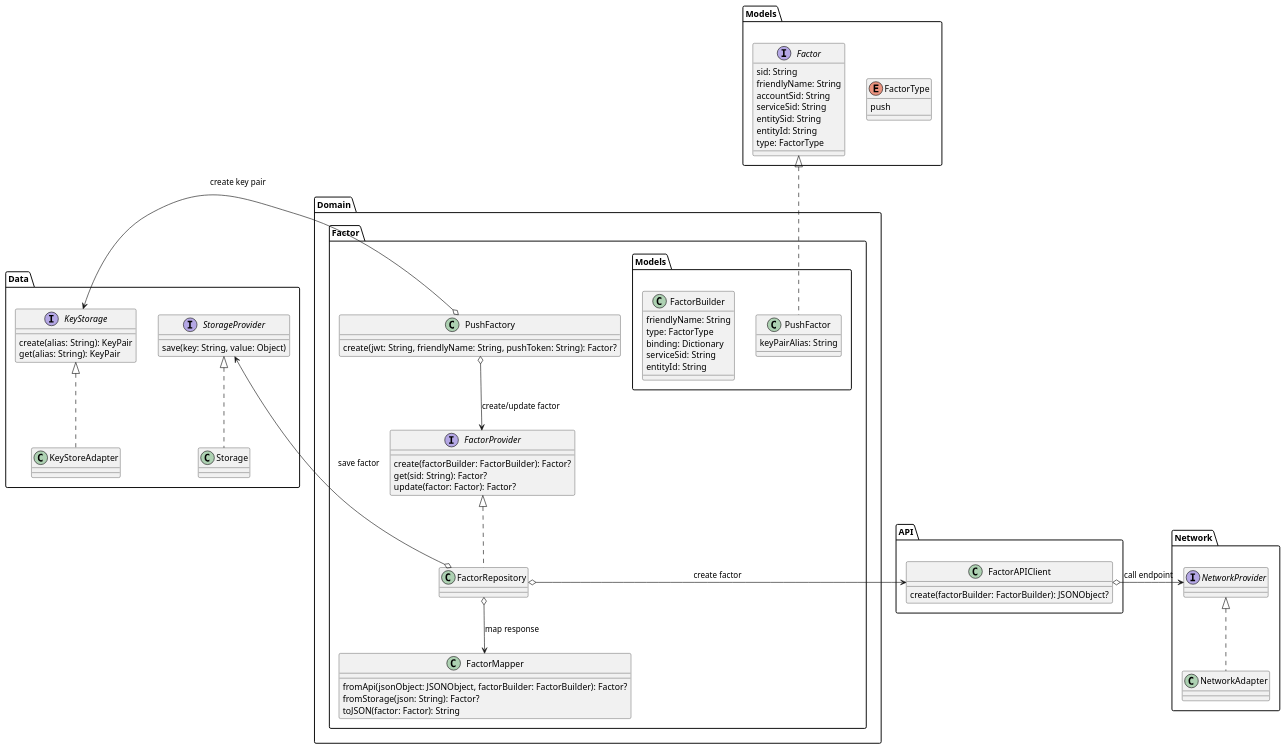
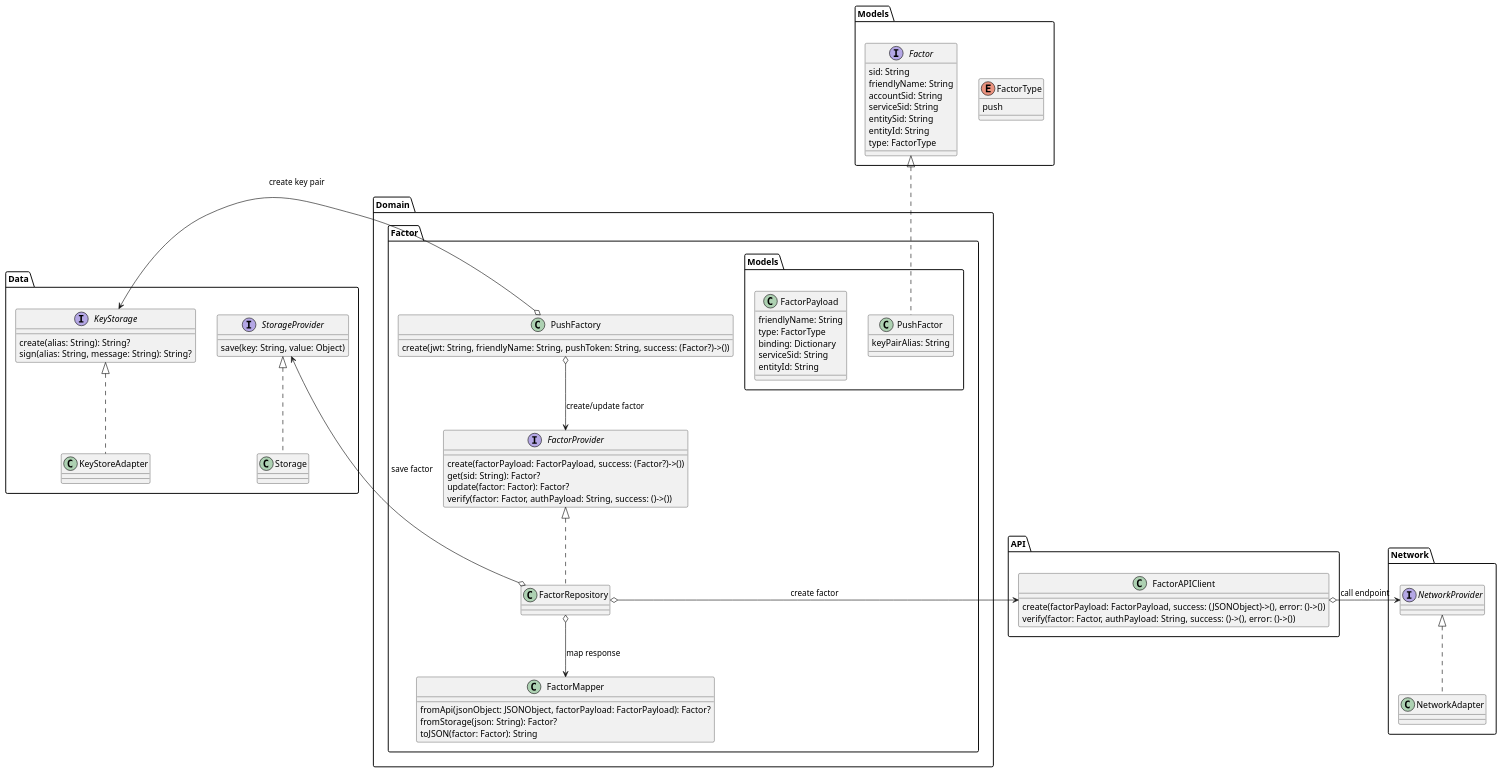
One commit to twilio/twilio-verify-android changed the diagram in diagrams/CreatePushFactor/CreatePushFactor.wsd. Above: the diagram before and after it, drawn with PlantUML. The commit also changed 8 other files, not shown here.

```diff
--- a/diagrams/CreatePushFactor/CreatePushFactor.wsd
+++ b/diagrams/CreatePushFactor/CreatePushFactor.wsd
@@ -1,65 +1,67 @@
 @startuml Create push factor
 enum Models.FactorType {
     push
 }
 interface Models.Factor {
     sid: String
     friendlyName: String
     accountSid: String
     serviceSid: String
     entitySid: String
     entityId: String
     type: FactorType
 }
 class Domain.Factor.Models.PushFactor implements Models.Factor {
     keyPairAlias: String
 }
-class Domain.Factor.Models.FactorBuilder {
+class Domain.Factor.Models.FactorPayload {
     friendlyName: String
     type: FactorType
     binding: Dictionary
     serviceSid: String
     entityId: String
 }
 class Domain.Factor.FactorMapper {
-    fromApi(jsonObject: JSONObject, factorBuilder: FactorBuilder): Factor?
+    fromApi(jsonObject: JSONObject, factorPayload: FactorPayload): Factor?
     fromStorage(json: String): Factor?
     toJSON(factor: Factor): String
 }
 class API.FactorAPIClient {
-    create(factorBuilder: FactorBuilder): JSONObject?
+    create(factorPayload: FactorPayload, success: (JSONObject)->(), error: ()->())
+    verify(factor: Factor, authPayload: String, success: ()->(), error: ()->())
 }
 class Network.NetworkAdapter implements Network.NetworkProvider {
 
 }
 interface Data.StorageProvider {
     save(key: String, value: Object)
 }
 class Data.Storage implements Data.StorageProvider {
 
 }
 interface Data.KeyStorage {
-    create(alias: String): KeyPair
-    get(alias: String): KeyPair
+    create(alias: String): String?
+    sign(alias: String, message: String): String?
 }
 class Data.KeyStoreAdapter implements Data.KeyStorage {
 
 }
 interface Domain.Factor.FactorProvider {
-    create(factorBuilder: FactorBuilder): Factor?
+    create(factorPayload: FactorPayload, success: (Factor?)->())
     get(sid: String): Factor?
     update(factor: Factor): Factor?
+    verify(factor: Factor, authPayload: String, success: ()->())
 }
 class Domain.Factor.FactorRepository implements Domain.Factor.FactorProvider {
 
 }
 class Domain.Factor.PushFactory {
-    create(jwt: String, friendlyName: String, pushToken: String): Factor?
+    create(jwt: String, friendlyName: String, pushToken: String, success: (Factor?)->())
 }
 Domain.Factor.PushFactory o-left-> Data.KeyStorage: create key pair
 Domain.Factor.PushFactory o--> Domain.Factor.FactorProvider: create/update factor
 Domain.Factor.FactorRepository o-left-> Data.StorageProvider: save factor
 Domain.Factor.FactorRepository o-right-> API.FactorAPIClient: create factor
 Domain.Factor.FactorRepository o--> Domain.Factor.FactorMapper: map response
 API.FactorAPIClient o-right-> Network.NetworkProvider: call endpoint
 @enduml
```
